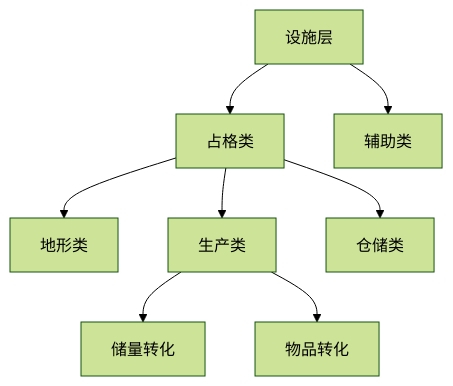
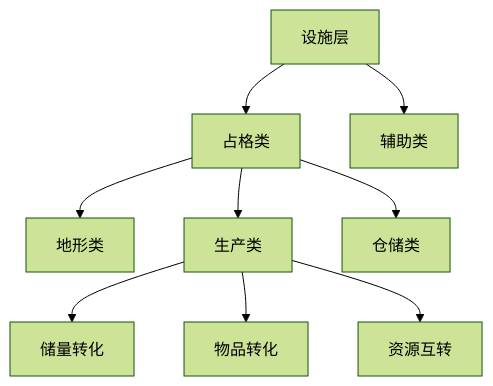
One commit to Estrella6066773/DriveToLight changed the diagram in Docs/02-系统设计/03-图层与地点/设施层.md. Above: the diagram before and after it, drawn with Mermaid (forest theme). The commit also changed other lines of this file and 23 other files, not shown here.

````diff
--- a/Docs/02-系统设计/03-图层与地点/设施层.md
+++ b/Docs/02-系统设计/03-图层与地点/设施层.md
@@ -20,10 +20,11 @@
 ```mermaid
 flowchart TD
     F[设施层] --> G[占格类]
     F --> A[辅助类]
     G --> T[地形类]
     G --> P[生产类]
     G --> S[仓储类]
     P --> P1[储量转化]
     P --> P2[物品转化]
+    P --> P3[资源互转]
 ```
````
